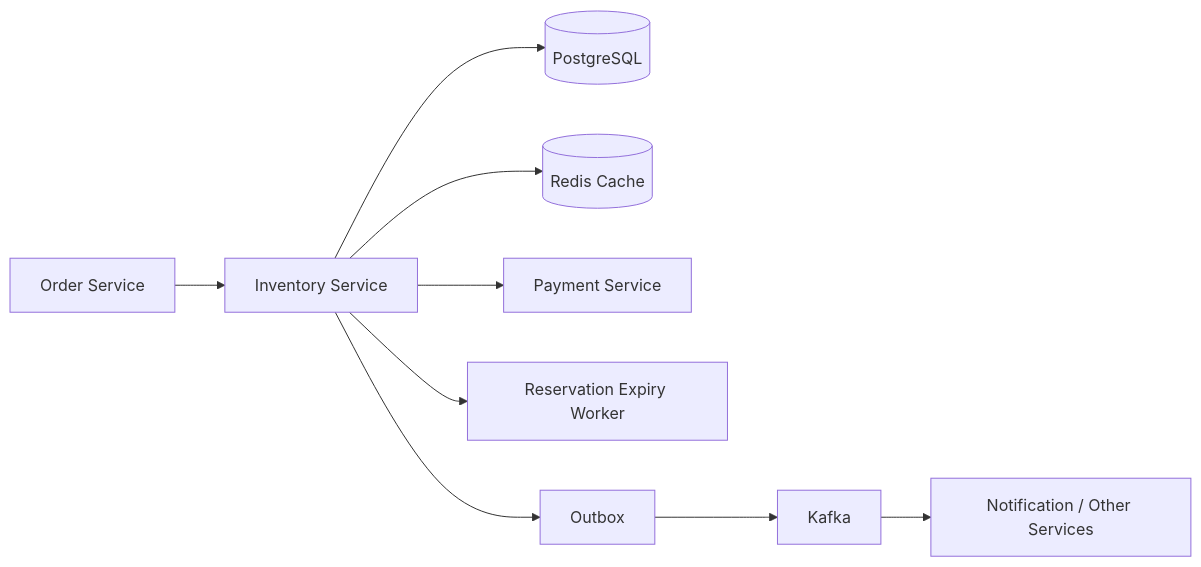
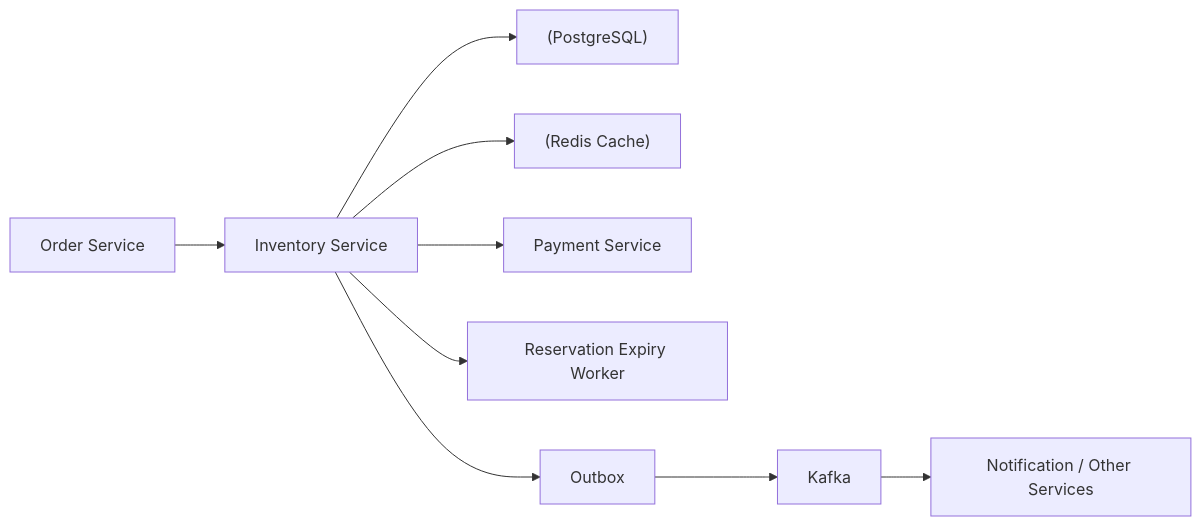
One commit to pankajThakur1874/studysheet changed the first of 2 diagrams in files/System-Design-Questions/11_inventory_management.md. Above: the diagram before and after it, drawn with Mermaid. The commit also changed other lines of this file and 102 other files, not shown here.

Commit message:
Auto-fix Mermaid diagram syntax across all study guides to prevent Syntax Error in Mermaid v10

````diff
--- a/files/System-Design-Questions/11_inventory_management.md
+++ b/files/System-Design-Questions/11_inventory_management.md
@@ -67,11 +67,11 @@
 ```mermaid
 flowchart LR
     O[Order Service] --> I[Inventory Service]
-    I --> D[(PostgreSQL)]
-    I --> R[(Redis Cache)]
+    I --> D["(PostgreSQL)"]
+    I --> R["(Redis Cache)"]
     I --> P[Payment Service]
     I --> X[Reservation Expiry Worker]
     I --> OB[Outbox]
     OB --> K[Kafka]
-    K --> N[Notification / Other Services]
+    K --> N["Notification / Other Services"]
 ```
````
